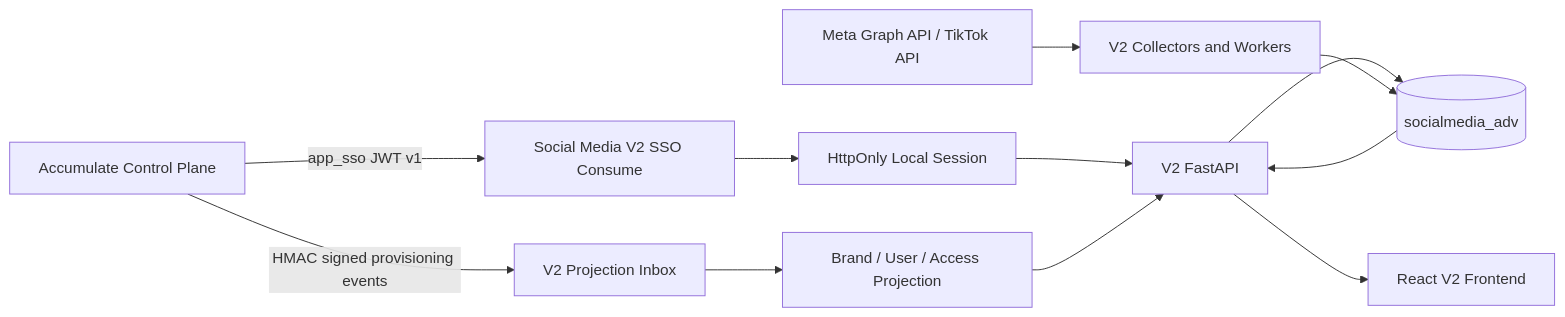
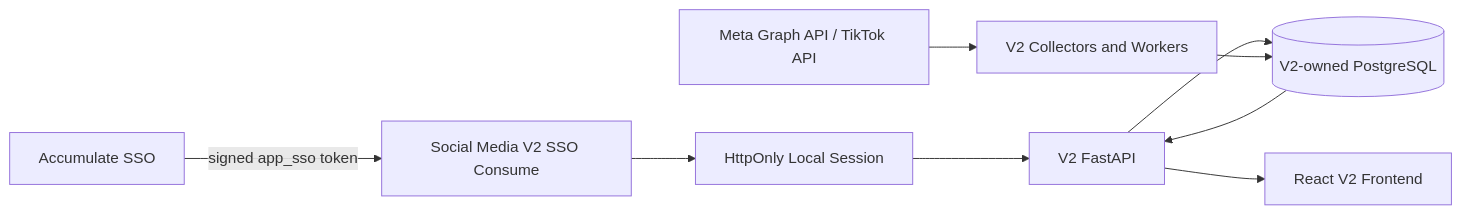
Before and after one commit to abbasalipanah/SocialMediaV2: the first of 2 diagrams in docs/SOCIAL_MEDIA_V2_MASTER_PLAN.md, drawn with Mermaid. The commit also changed other lines of this file and 90 other files, not shown here.

Commit message:
feat: make Social Media V2 standalone

````diff
--- a/docs/SOCIAL_MEDIA_V2_MASTER_PLAN.md
+++ b/docs/SOCIAL_MEDIA_V2_MASTER_PLAN.md
@@ -557,14 +604,11 @@
 ```mermaid
 flowchart LR
-    A[Accumulate Control Plane] -->|app_sso JWT v1| B[Social Media V2 SSO Consume]
-    A -->|HMAC signed provisioning events| C[V2 Projection Inbox]
+    A[Accumulate SSO] -->|signed app_sso token| B[Social Media V2 SSO Consume]
     B --> D[HttpOnly Local Session]
-    C --> E[Brand / User / Access Projection]
     D --> F[V2 FastAPI]
-    E --> F
-    F --> G[(socialmedia_adv)]
+    F --> G[(V2-owned PostgreSQL)]
     F --> H[React V2 Frontend]
     I[Meta Graph API / TikTok API] --> J[V2 Collectors and Workers]
     J --> G
     G --> F
 ```
````
